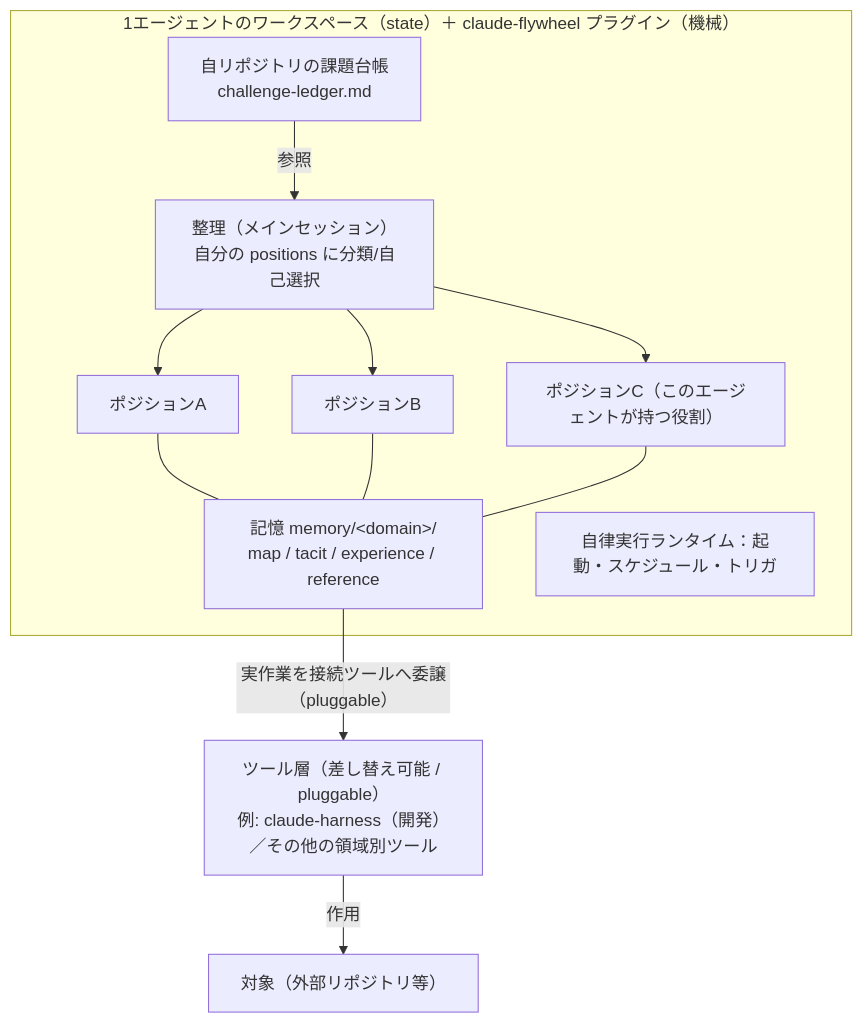
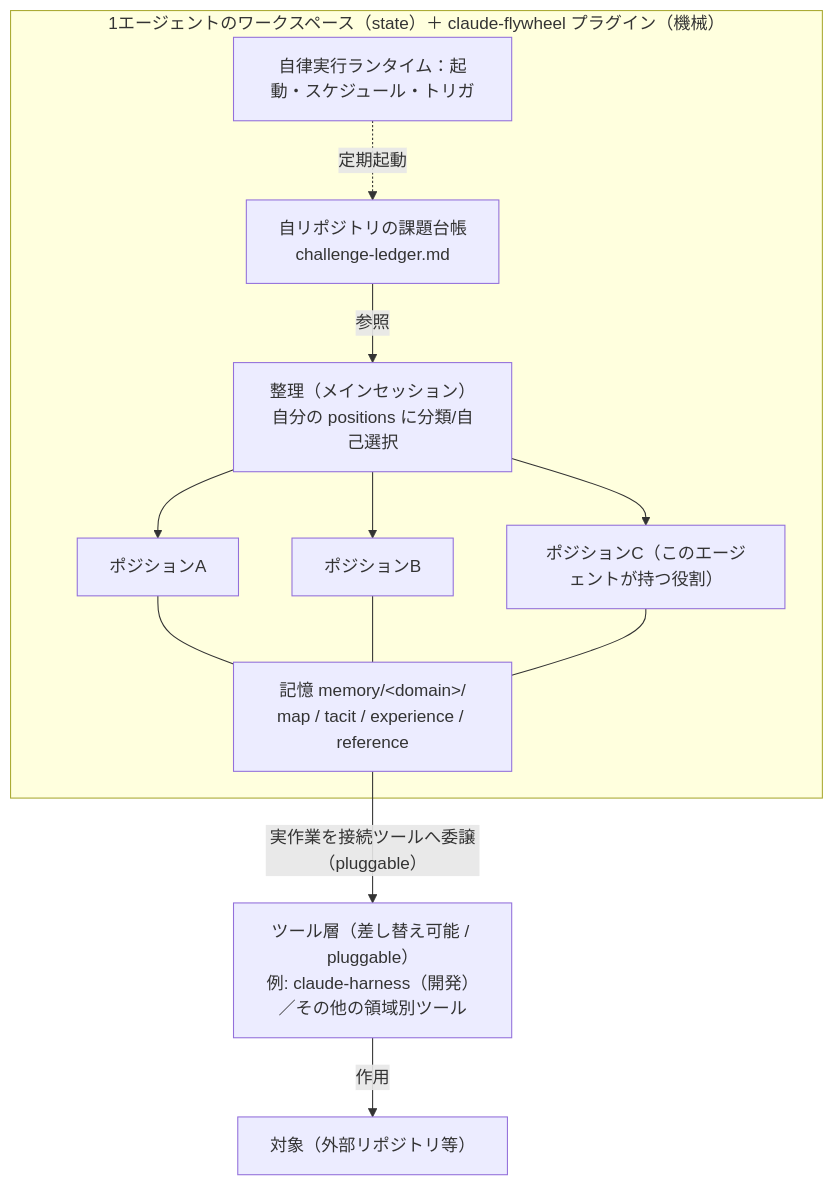
The second of 4 diagrams in docs/architecture.md (masanami/claude-flywheel), drawn with Mermaid before and after one commit. The commit also changed other lines of this file and 6 other files, not shown here.

First line of the commit message:
docs: セルフレビュー反映（fence崩れ修正・README図のmermaid化・規約の取りこぼし）

````diff
--- a/docs/architecture.md
+++ b/docs/architecture.md
@@ -86,18 +84,19 @@
 ```mermaid
 flowchart TD
     subgraph WS["1エージェントのワークスペース（state）＋ claude-flywheel プラグイン（機械）"]
         ledger["自リポジトリの課題台帳<br/>challenge-ledger.md"]
         sort["整理（メインセッション）<br/>自分の positions に分類/自己選択"]
         ledger -->|参照| sort
         sort --> pA["ポジションA"]
         sort --> pB["ポジションB"]
         sort --> pC["ポジションC（このエージェントが持つ役割）"]
         mem["記憶 memory/&lt;domain&gt;/<br/>map / tacit / experience / reference"]
         pA --- mem
         pB --- mem
         pC --- mem
         runtime["自律実行ランタイム：起動・スケジュール・トリガ"]
+        runtime -.->|定期起動| ledger
     end
     mem -->|"実作業を接続ツールへ委譲（pluggable）"| tools["ツール層（差し替え可能 / pluggable）<br/>例: claude-harness（開発）／その他の領域別ツール"]
     tools -->|作用| target["対象（外部リポジトリ等）"]
 ```
````
